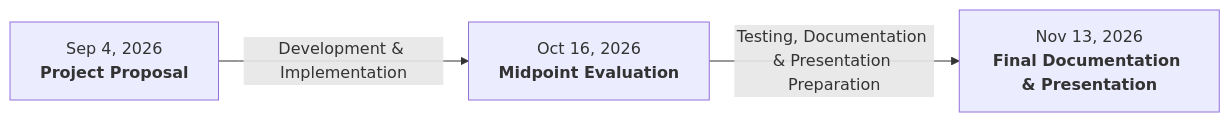
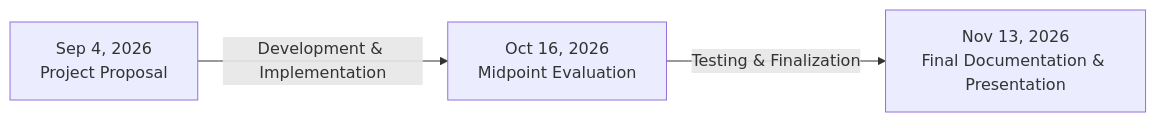
One commit to sophia-dao/cloud_computing_proj changed the first of 2 diagrams in README.md. Above: the diagram before and after it, drawn with Mermaid. The commit also changed other lines of this file and 7 other files, not shown here.

````diff
--- a/README.md
+++ b/README.md
@@ -2,9 +11,9 @@
 ```mermaid
 flowchart LR
-    A["Sep 4, 2026<br><b>Project Proposal</b>"]
-    B["Oct 16, 2026<br><b>Midpoint Evaluation</b>"]
-    C["Nov 13, 2026<br><b>Final Documentation & Presentation</b>"]
+    A["Sep 4, 2026<br/>Project Proposal"]
+    B["Oct 16, 2026<br/>Midpoint Evaluation"]
+    C["Nov 13, 2026<br/>Final Documentation & Presentation"]
 
     A -->|"Development & Implementation"| B
-    B -->|"Testing, Documentation & Presentation Preparation"| C
+    B -->|"Testing & Finalization"| C
 ```
````
